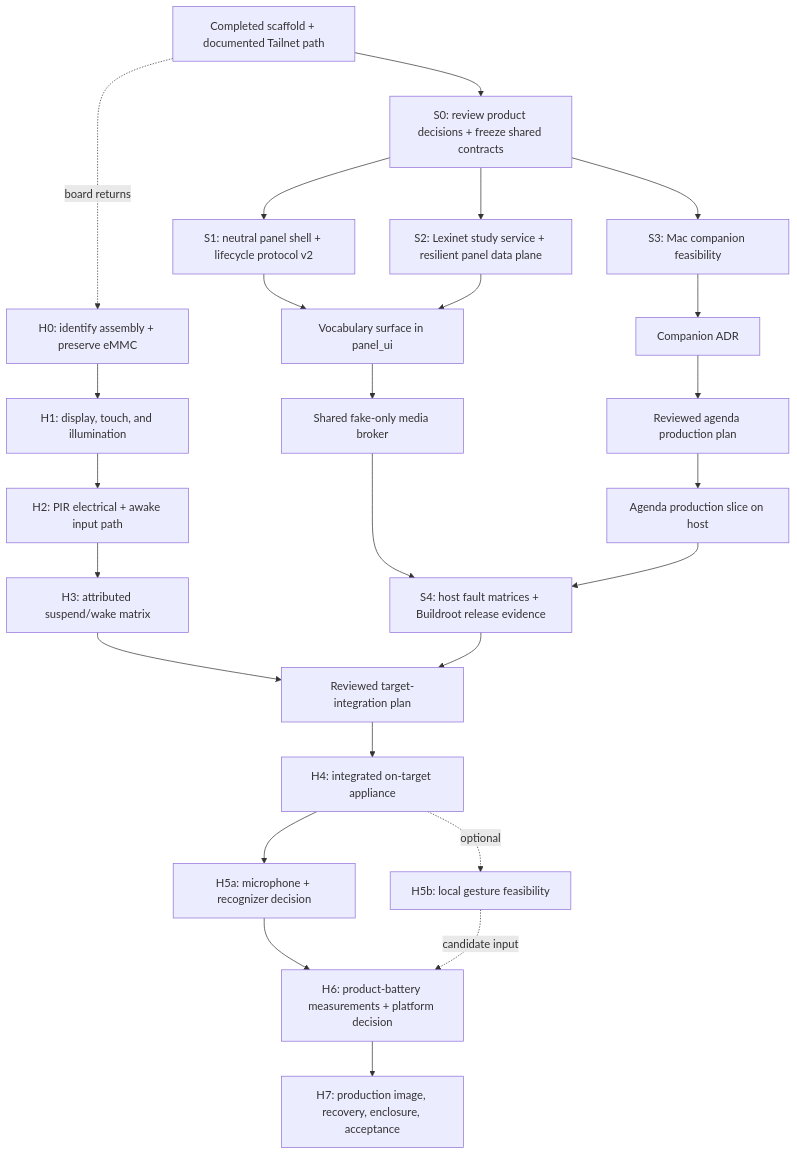
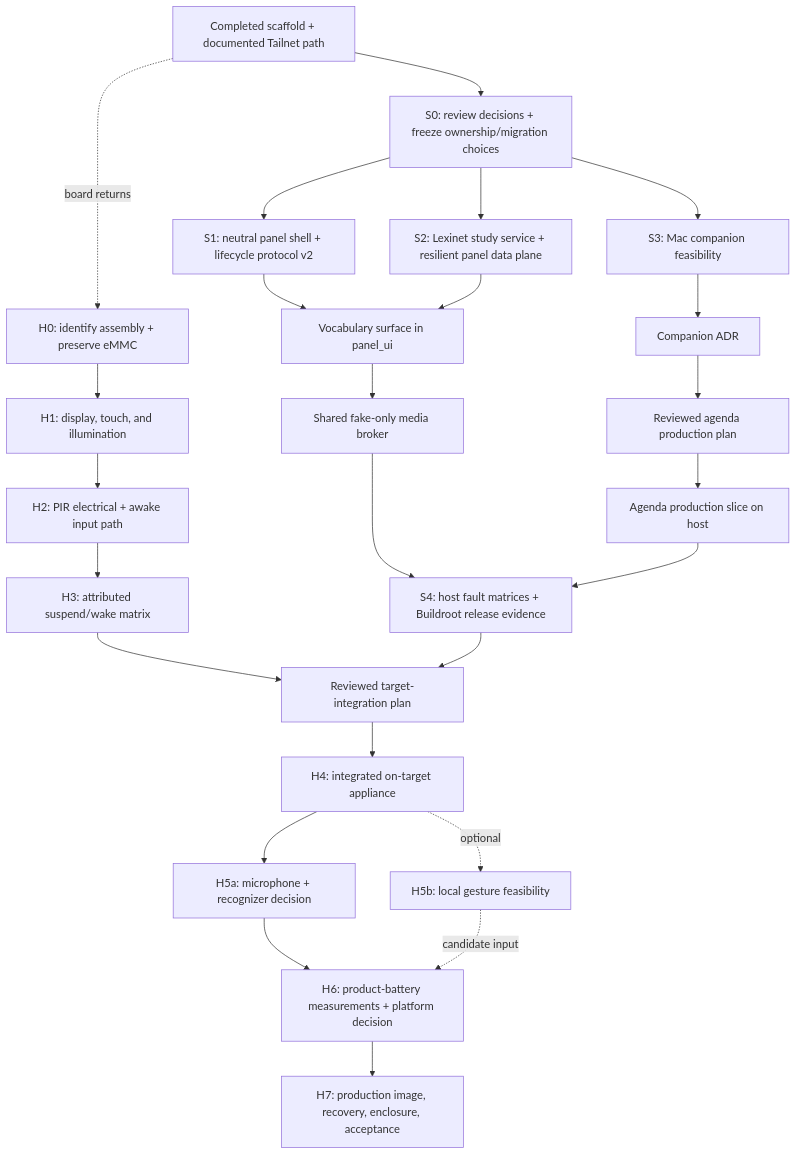
Before and after one commit to scshafe/embedded-house-panel: the diagram in .claude/plans/2026-08-05-end-to-end-development-roadmap.md, drawn with Mermaid. The commit also changed other lines of this file and 2 other files, not shown here.

````diff
--- a/.claude/plans/2026-08-05-end-to-end-development-roadmap.md
+++ b/.claude/plans/2026-08-05-end-to-end-development-roadmap.md
@@ -87,31 +87,31 @@
 ```mermaid
 flowchart TD
-    DONE["Completed scaffold + documented Tailnet path"] --> CONTRACTS["S0: review product decisions + freeze shared contracts"]
+    DONE["Completed scaffold + documented Tailnet path"] --> CONTRACTS["S0: review decisions + freeze ownership/migration choices"]
 
     CONTRACTS --> SPINE["S1: neutral panel shell + lifecycle protocol v2"]
     CONTRACTS --> LEX["S2: Lexinet study service + resilient panel data plane"]
     CONTRACTS --> MAC["S3: Mac companion feasibility"]
 
     SPINE --> VOCAB["Vocabulary surface in panel_ui"]
     LEX --> VOCAB
     VOCAB --> MEDIA["Shared fake-only media broker"]
     MAC --> MACADR["Companion ADR"]
     MACADR --> AGENDA_PLAN["Reviewed agenda production plan"]
 
     MEDIA --> HOST["S4: host fault matrices + Buildroot release evidence"]
     AGENDA_PLAN --> AGENDA["Agenda production slice on host"]
     AGENDA --> HOST
 
     DONE -. board returns .-> H0["H0: identify assembly + preserve eMMC"]
     H0 --> H1["H1: display, touch, and illumination"]
     H1 --> H2["H2: PIR electrical + awake input path"]
     H2 --> H3["H3: attributed suspend/wake matrix"]
     H3 --> TARGET_PLAN["Reviewed target-integration plan"]
     HOST --> TARGET_PLAN
     TARGET_PLAN --> TARGET["H4: integrated on-target appliance"]
     TARGET --> VOICE["H5a: microphone + recognizer decision"]
     TARGET -. optional .-> VISION["H5b: local gesture feasibility"]
     VOICE --> POWER["H6: product-battery measurements + platform decision"]
     VISION -. candidate input .-> POWER
     POWER --> PRODUCT["H7: production image, recovery, enclosure, acceptance"]
 ```
````
